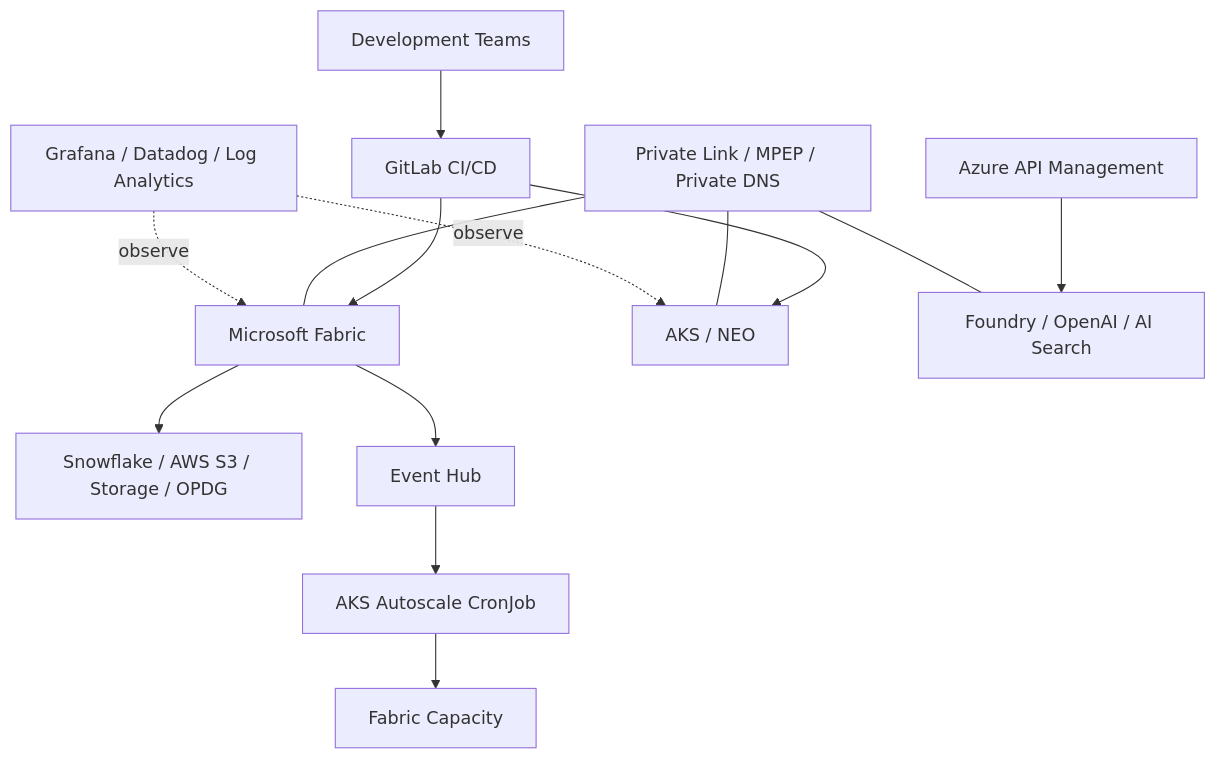
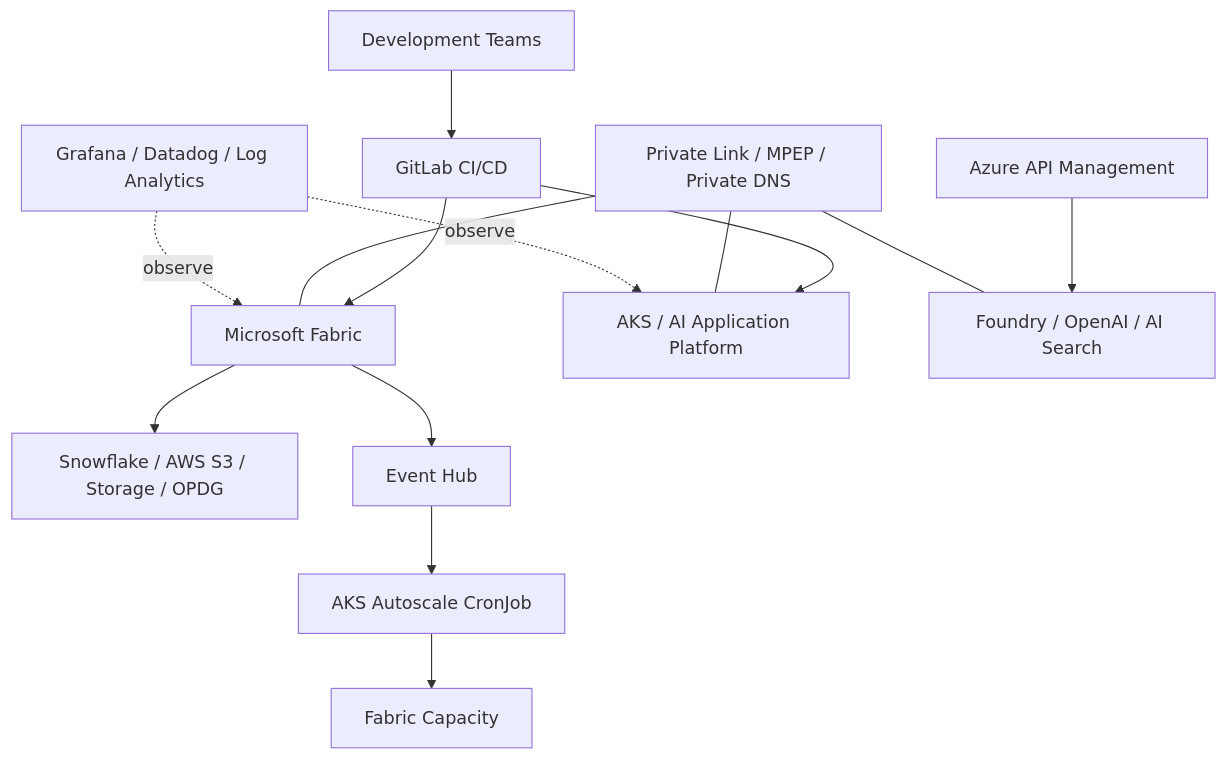
The diagram in content/03_PROJECTS/2025-amore-azure-ai-data-platform.md (min-ser/min-ser.github.io), drawn with Mermaid before and after one commit. The commit also changed other lines of this file and 34 other files, not shown here.

````diff
--- a/content/03_PROJECTS/2025-amore-azure-ai-data-platform.md
+++ b/content/03_PROJECTS/2025-amore-azure-ai-data-platform.md
@@ -27,16 +27,16 @@
 ```mermaid
 flowchart TB
  DEV[Development Teams] --> GIT[GitLab CI/CD]
  GIT --> FAB[Microsoft Fabric]
- GIT --> AKS[AKS / NEO]
+ GIT --> AKS[AKS / AI Application Platform]
  APIM[Azure API Management] --> AI[Foundry / OpenAI / AI Search]
  FAB --> DATA[Snowflake / AWS S3 / Storage / OPDG]
  FAB --> EH[Event Hub]
  EH --> CRON[AKS Autoscale CronJob]
  CRON --> CAP[Fabric Capacity]
  NET[Private Link / MPEP / Private DNS] --- FAB
  NET --- AI
  NET --- AKS
  OBS[Grafana / Datadog / Log Analytics] -.observe.-> FAB
  OBS -.observe.-> AKS
 ```
````
